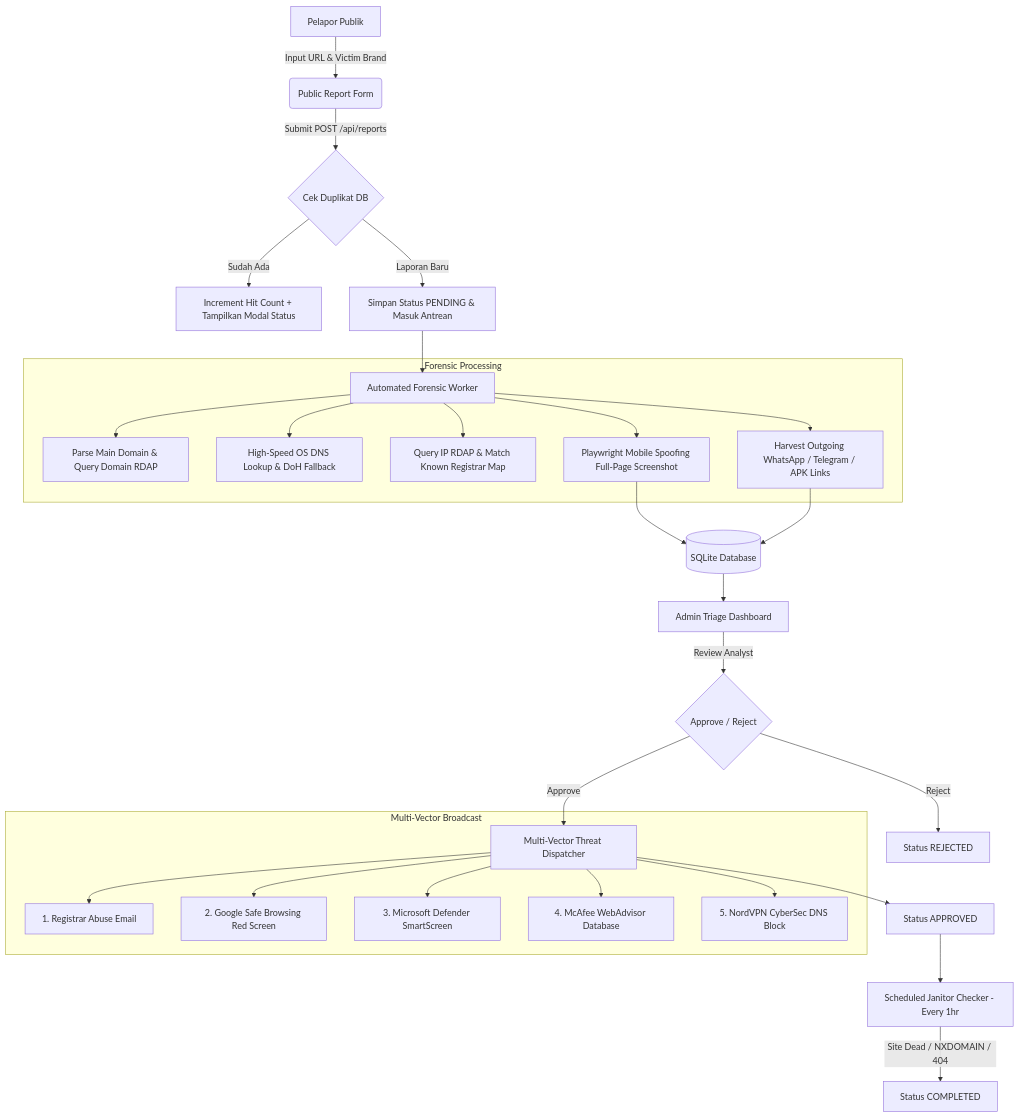
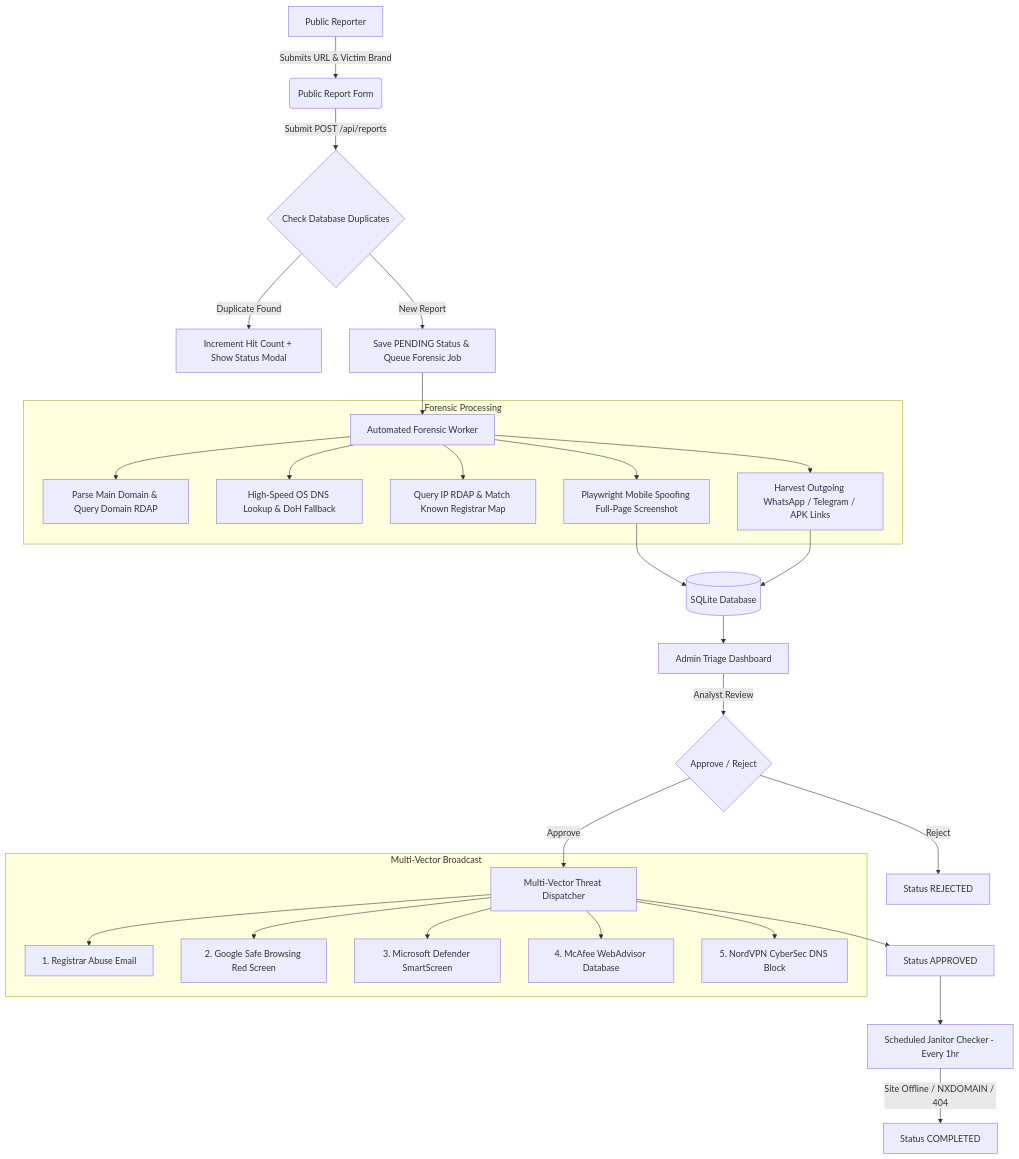
Before and after one commit to ekorangin/phising-website-reporter: the diagram in README.md, drawn with Mermaid. The commit also changed other lines of this file, not shown here.

````diff
--- a/README.md
+++ b/README.md
@@ -57,34 +58,34 @@
 ```mermaid
 flowchart TD
-    A[Pelapor Publik] -->|Input URL & Victim Brand| B(Public Report Form)
-    B -->|Submit POST /api/reports| C{Cek Duplikat DB}
-    C -->|Sudah Ada| D[Increment Hit Count + Tampilkan Modal Status]
-    C -->|Laporan Baru| E[Simpan Status PENDING & Masuk Antrean]
+    A[Public Reporter] -->|Submits URL & Victim Brand| B(Public Report Form)
+    B -->|Submit POST /api/reports| C{Check Database Duplicates}
+    C -->|Duplicate Found| D[Increment Hit Count + Show Status Modal]
+    C -->|New Report| E[Save PENDING Status & Queue Forensic Job]
     E --> F[Automated Forensic Worker]
     
     subgraph Forensic Processing
         F --> G[Parse Main Domain & Query Domain RDAP]
         F --> H[High-Speed OS DNS Lookup & DoH Fallback]
         F --> I[Query IP RDAP & Match Known Registrar Map]
         F --> J[Playwright Mobile Spoofing Full-Page Screenshot]
         F --> K[Harvest Outgoing WhatsApp / Telegram / APK Links]
     end
 
     J & K --> L[(SQLite Database)]
     L --> M[Admin Triage Dashboard]
-    M -->|Review Analyst| N{Approve / Reject}
+    M -->|Analyst Review| N{Approve / Reject}
     N -->|Reject| O[Status REJECTED]
     N -->|Approve| P[Multi-Vector Threat Dispatcher]
 
     subgraph Multi-Vector Broadcast
         P --> Q1[1. Registrar Abuse Email]
         P --> Q2[2. Google Safe Browsing Red Screen]
         P --> Q3[3. Microsoft Defender SmartScreen]
         P --> Q4[4. McAfee WebAdvisor Database]
         P --> Q5[5. NordVPN CyberSec DNS Block]
     end
 
     P --> R[Status APPROVED]
     R --> S[Scheduled Janitor Checker - Every 1hr]
-    S -->|Site Dead / NXDOMAIN / 404| T[Status COMPLETED]
+    S -->|Site Offline / NXDOMAIN / 404| T[Status COMPLETED]
 ```
````
